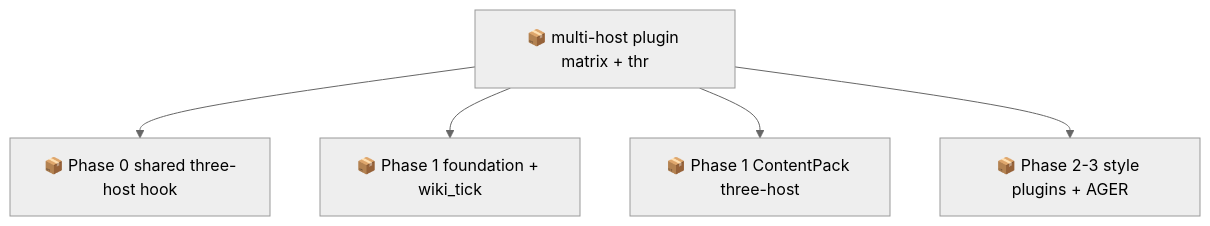
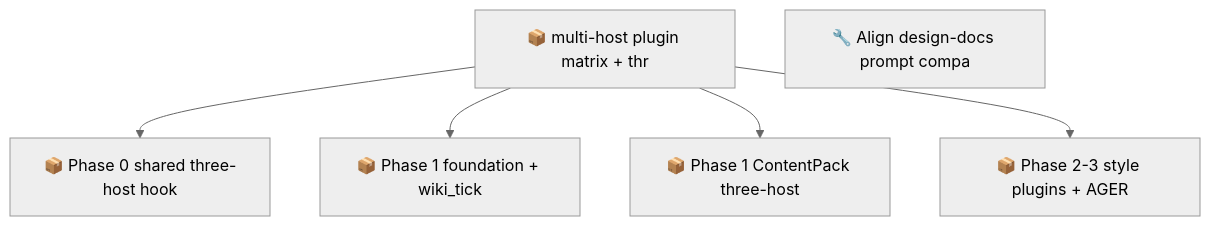
One commit to SpillwaveSolutions/wiki_ticket_sdd changed the second of 2 diagrams in docs/roadmap.md. Above: the diagram before and after it, drawn with Mermaid (neutral theme). The commit also changed other lines of this file and 14 other files, not shown here.

First line of the commit message:
fix: align design-docs prompt companion pins (01M0V0ZQ56VWB1QMTP8HRXKCXG)

````diff
--- a/docs/roadmap.md
+++ b/docs/roadmap.md
@@ -60,12 +75,13 @@
 ```mermaid
 graph TD
     01M0KCDKJRAZYMWDD9PFGHC6XY["📦 multi-host plugin matrix + thr"]
     01M0KCDV5GP8BMZT142MMAPAG7["📦 Phase 0 shared three-host hook"]
     01M0KCDV7AQEQ61TA2MYN3M5C3["📦 Phase 1 foundation + wiki_tick"]
     01M0KCDV94P4YPBXJXQZNNGQTM["📦 Phase 1 ContentPack three-host"]
     01M0KCDVAYS67SPN8FHAYY4DWX["📦 Phase 2-3 style plugins + AGER"]
+    01M0V0ZQ56VWB1QMTP8HRXKCXG["🔧 Align design-docs prompt compa"]
     01M0KCDKJRAZYMWDD9PFGHC6XY --> 01M0KCDV5GP8BMZT142MMAPAG7
     01M0KCDKJRAZYMWDD9PFGHC6XY --> 01M0KCDV7AQEQ61TA2MYN3M5C3
     01M0KCDKJRAZYMWDD9PFGHC6XY --> 01M0KCDV94P4YPBXJXQZNNGQTM
     01M0KCDKJRAZYMWDD9PFGHC6XY --> 01M0KCDVAYS67SPN8FHAYY4DWX
 ```
````
